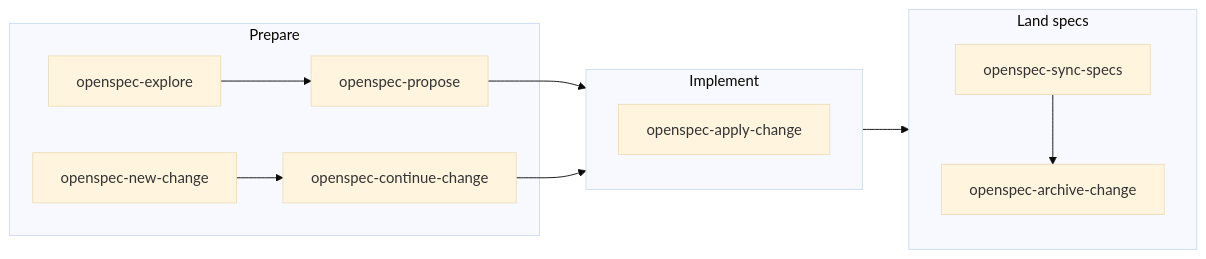
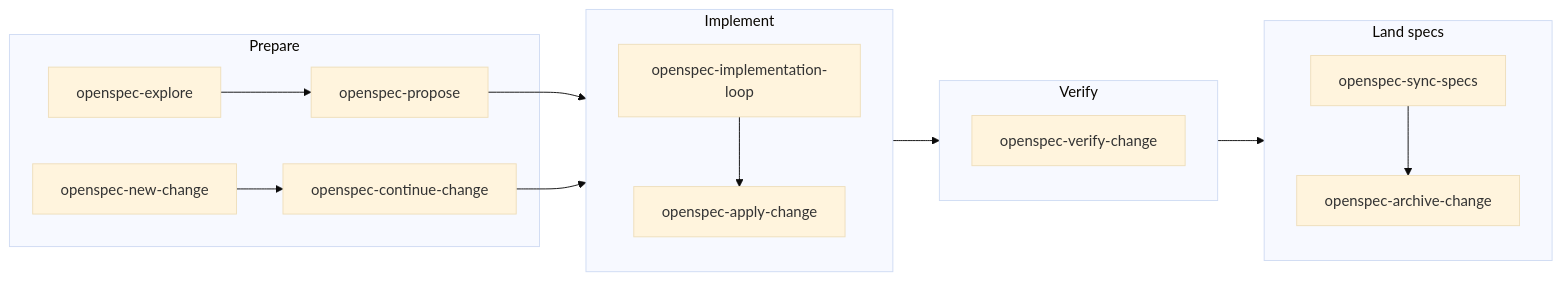
Before and after one commit to elastic/terraform-provider-ec: the diagram in dev-docs/high-level/openspec-workflows.md, drawn with Mermaid (base theme). The commit also changed other lines of this file and 8 other files, not shown here.

First line of the commit message:
[1.5] Port OpenSpec implementation-loop and verify-change skills.

````diff
--- a/dev-docs/high-level/openspec-workflows.md
+++ b/dev-docs/high-level/openspec-workflows.md
@@ -25,18 +36,24 @@
 ```mermaid
 flowchart LR
   subgraph A[Prepare]
     EX[openspec-explore] --> P[openspec-propose]
     NC[openspec-new-change] --> CC[openspec-continue-change]
   end
   P --> B
   CC --> B
   subgraph B[Implement]
+    LOOP[openspec-implementation-loop]
     APP[openspec-apply-change]
+    LOOP --> APP
   end
   B --> C
-  subgraph C[Land specs]
+  subgraph C[Verify]
+    VLOCAL[openspec-verify-change]
+  end
+  C --> D
+  subgraph D[Land specs]
     SYNC[openspec-sync-specs]
     ARC[openspec-archive-change]
     SYNC --> ARC
   end
 ```
````
